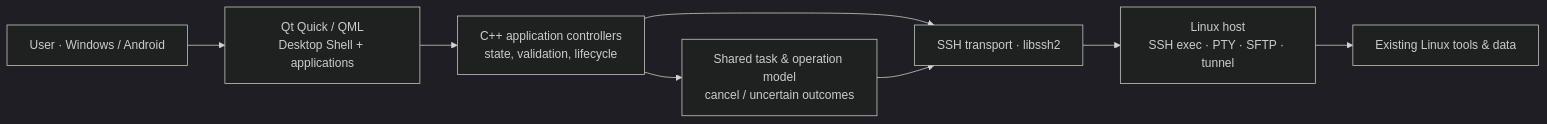
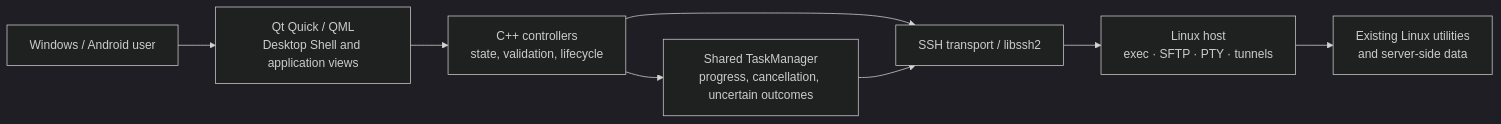
The diagram in README.md (cybou-fr/fortiq), drawn with Mermaid (dark theme) before and after one commit. The commit also changed other lines of this file, not shown here.

Commit message:
docs(readme): consolidate public FORTIQ architecture showcase in English

````diff
--- a/README.md
+++ b/README.md
@@ -29,10 +23,10 @@
 ```mermaid
 flowchart LR
-    U["User · Windows / Android"] --> Q["Qt Quick / QML\nDesktop Shell + applications"]
-    Q --> C["C++ application controllers\nstate, validation, lifecycle"]
-    C --> T["Shared task & operation model\ncancel / uncertain outcomes"]
-    C --> S["SSH transport · libssh2"]
-    T --> S
-    S --> L["Linux host\nSSH exec · PTY · SFTP · tunnel"]
-    L --> N["Existing Linux tools & data"]
+    USER["Windows / Android user"] --> UI["Qt Quick / QML<br/>Desktop Shell and application views"]
+    UI --> CORE["C++ controllers<br/>state, validation, lifecycle"]
+    CORE --> TASKS["Shared TaskManager<br/>progress, cancellation, uncertain outcomes"]
+    CORE --> SSH["SSH transport / libssh2"]
+    TASKS --> SSH
+    SSH --> HOST["Linux host<br/>exec · SFTP · PTY · tunnels"]
+    HOST --> TOOLS["Existing Linux utilities<br/>and server-side data"]
 ```
````
